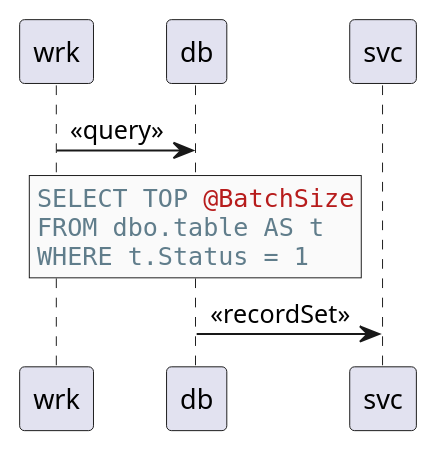
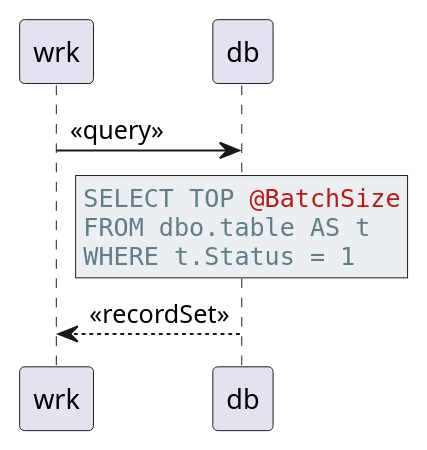
One commit to cilerler/lillian changed the seventh of 10 diagrams in .github/skills/plantuml-sequence-diagram-generator/SKILL.md. Above: the diagram before and after it, drawn with PlantUML. The commit also changed other lines of this file and 128 other files, not shown here.

````diff
--- a/.github/skills/plantuml-sequence-diagram-generator/SKILL.md
+++ b/.github/skills/plantuml-sequence-diagram-generator/SKILL.md
@@ -165,9 +167,9 @@
 ```plantuml
 wrk -> db: <<query>>
-rnote over db #FAFAFA
+rnote over db #ECEFF1
 <color: #607D8B>""SELECT TOP <color: #B71C1C>@BatchSize""
 <color: #607D8B>""FROM dbo.table AS t""
 <color: #607D8B>""WHERE t.Status = 1""
 end note
-db -> svc: <<recordSet>>
+db --> wrk: <<recordSet>>
 ```
````
